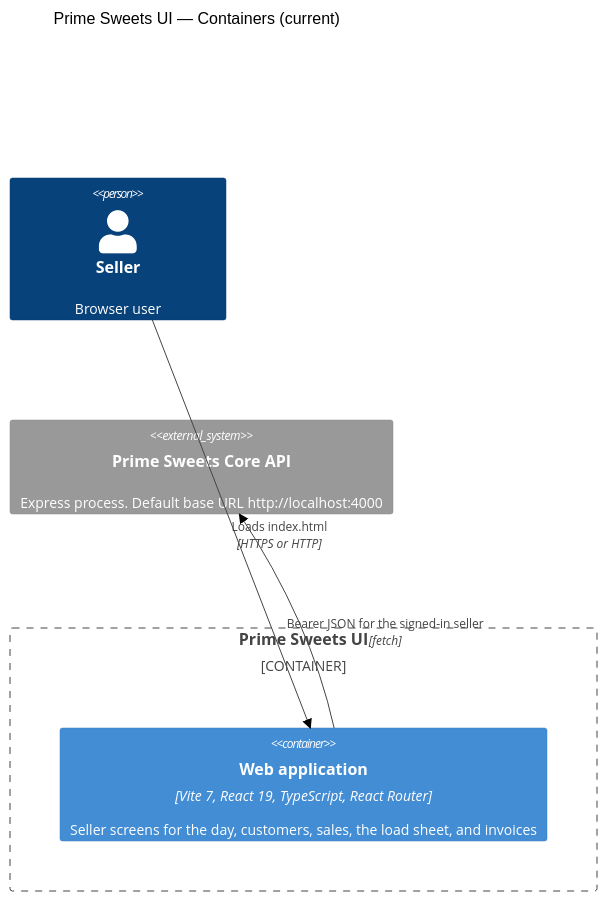
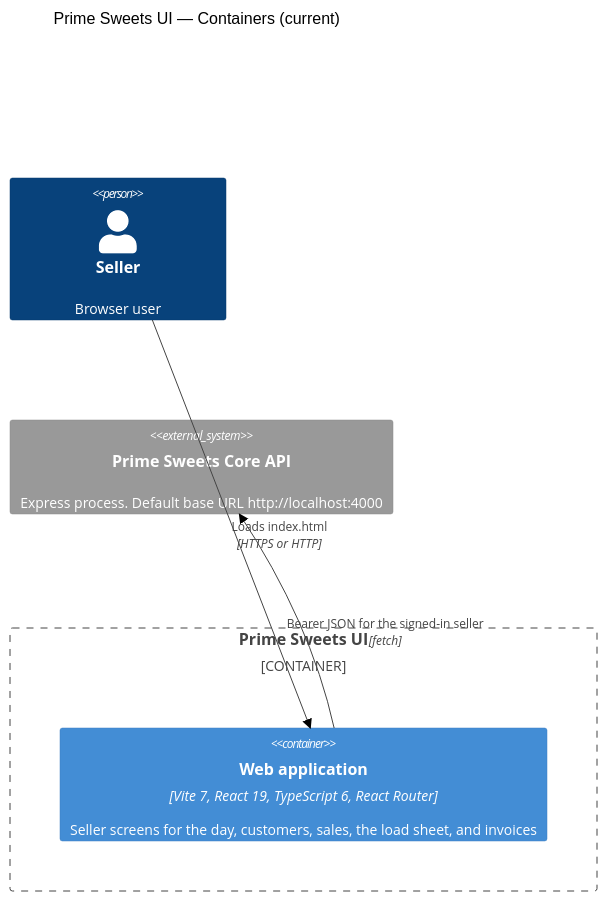
The diagram in docs/architecture/02-container.md (X01SERYO/prime-sweets-ui), drawn with Mermaid (forest theme) before and after one commit. The commit also changed other lines of this file and 6 other files, not shown here.

Commit message:
Pasa la interfaz a Node 26 y TypeScript 6 y alinea los tsconfig.

````diff
--- a/docs/architecture/02-container.md
+++ b/docs/architecture/02-container.md
@@ -9,15 +9,15 @@
 ```mermaid
 C4Container
 title Prime Sweets UI — Containers (current)
 
 Person(seller, "Seller", "Browser user")
 
 Container_Boundary(client, "Prime Sweets UI") {
-  Container(spa, "Web application", "Vite 7, React 19, TypeScript, React Router", "Seller screens for the day, customers, sales, the load sheet, and invoices")
+  Container(spa, "Web application", "Vite 7, React 19, TypeScript 6, React Router", "Seller screens for the day, customers, sales, the load sheet, and invoices")
 }
 
 System_Ext(api, "Prime Sweets Core API", "Express process. Default base URL http://localhost:4000")
 
 Rel(seller, spa, "Loads index.html", "HTTPS or HTTP")
 Rel(spa, api, "Bearer JSON for the signed-in seller", "fetch")
 ```
````
